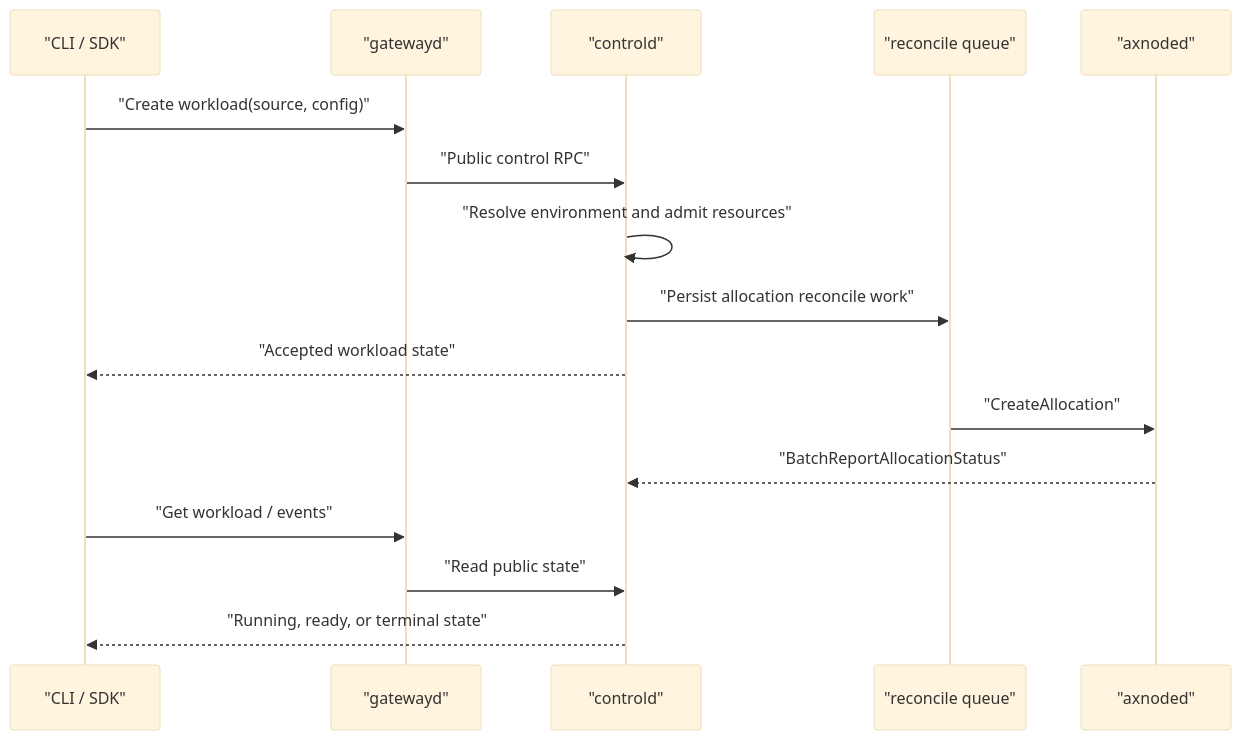
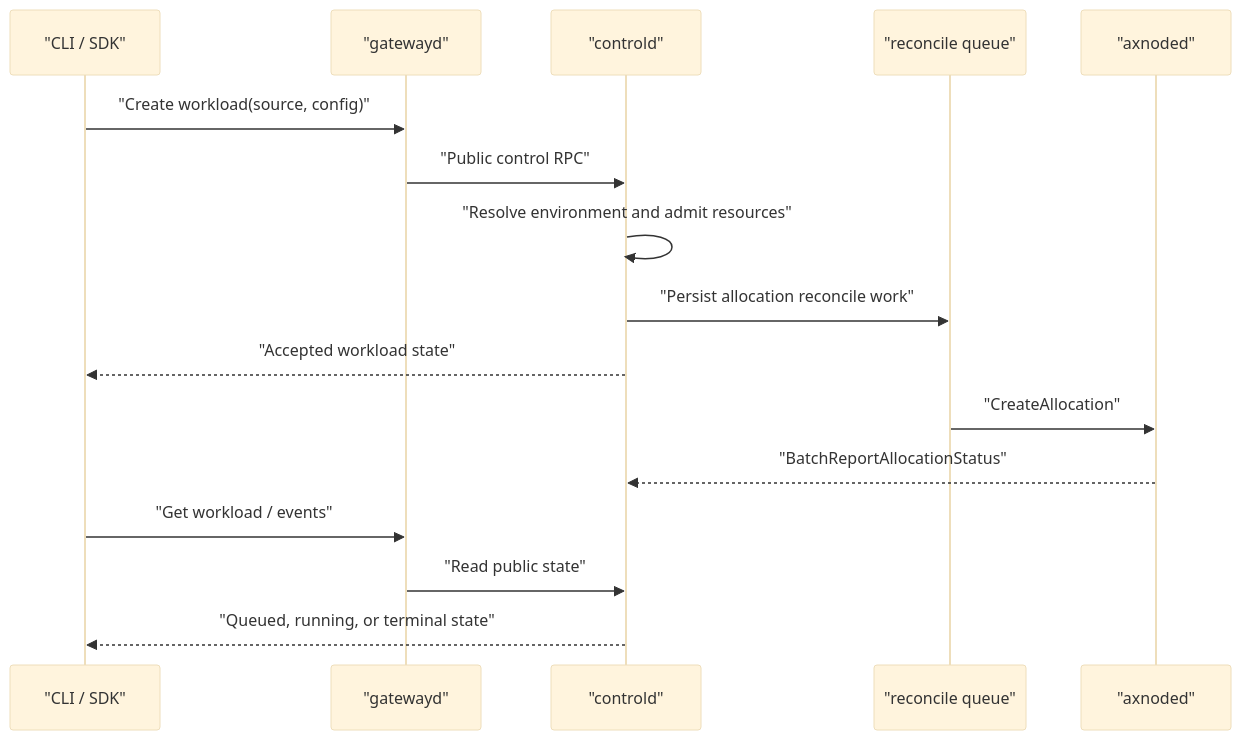
One commit to cofy-x/axern changed the first of 2 diagrams in docs/architecture/workload-lifecycle-sequence.md. Above: the diagram before and after it, drawn with Mermaid (base theme). The commit also changed other lines of this file and 566 other files, not shown here.

````diff
--- a/docs/architecture/workload-lifecycle-sequence.md
+++ b/docs/architecture/workload-lifecycle-sequence.md
@@ -26,19 +25,19 @@
 ```mermaid
 sequenceDiagram
     participant Client as "CLI / SDK"
     participant Gateway as "gatewayd"
     participant Control as "controld"
     participant Queue as "reconcile queue"
     participant Node as "axnoded"
 
     Client->>Gateway: "Create workload(source, config)"
     Gateway->>Control: "Public control RPC"
     Control->>Control: "Resolve environment and admit resources"
     Control->>Queue: "Persist allocation reconcile work"
     Control-->>Client: "Accepted workload state"
     Queue->>Node: "CreateAllocation"
     Node-->>Control: "BatchReportAllocationStatus"
     Client->>Gateway: "Get workload / events"
     Gateway->>Control: "Read public state"
-    Control-->>Client: "Running, ready, or terminal state"
+    Control-->>Client: "Queued, running, or terminal state"
 ```
````
